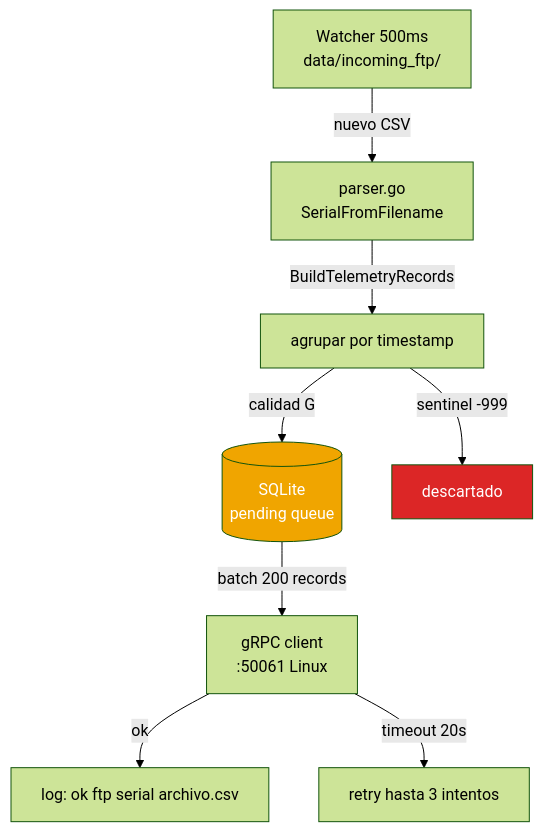
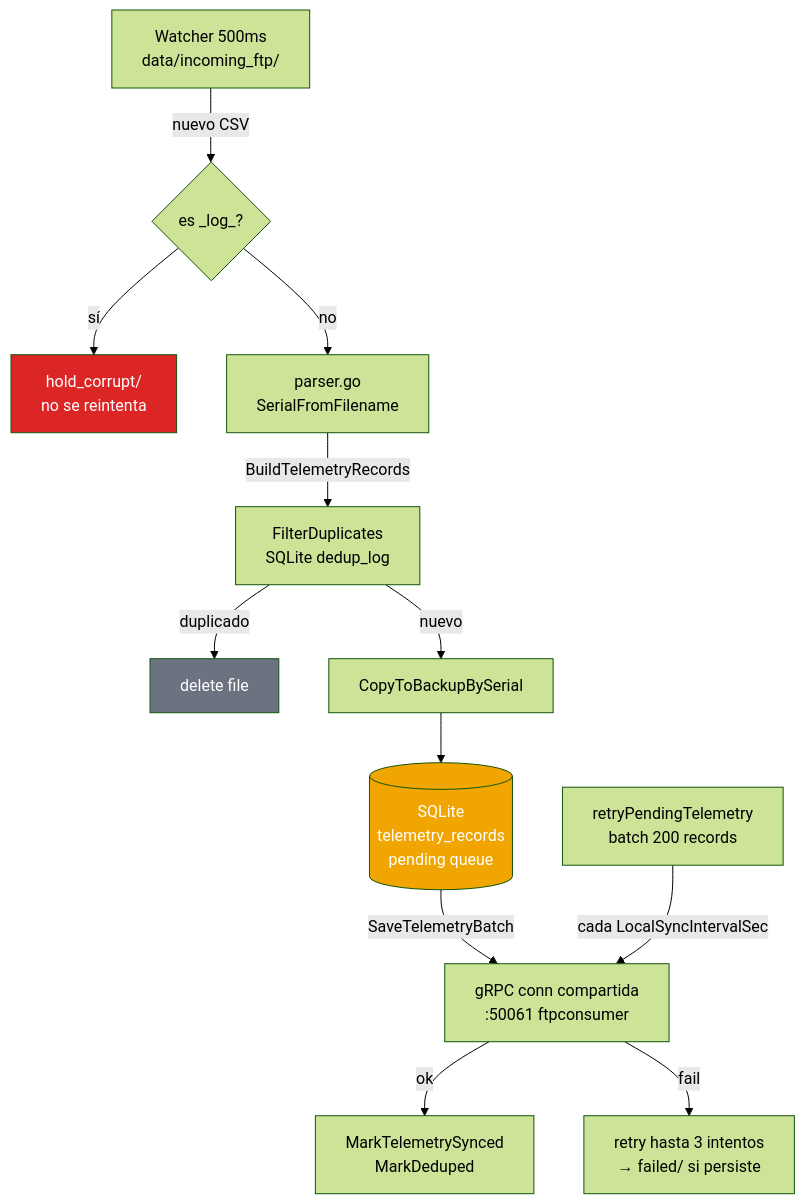
One commit to druizd/emeltec3 changed the diagram in docs/vault/pipeline-ftp/ftpprocessor.md. Above: the diagram before and after it, drawn with Mermaid (forest theme). The commit also changed other lines of this file and 38 other files, not shown here.

Commit message:
feat(ftp): latency fixes, backup script, vault docs

````diff
--- a/docs/vault/pipeline-ftp/ftpprocessor.md
+++ b/docs/vault/pipeline-ftp/ftpprocessor.md
@@ -14,13 +14,19 @@
 ```mermaid
 graph TD
-    W[Watcher 500ms\ndata/incoming_ftp/] -->|nuevo CSV| P[parser.go\nSerialFromFilename]
-    P -->|BuildTelemetryRecords| G[agrupar por timestamp]
-    G -->|calidad G| DB[(SQLite\npending queue)]
-    G -->|sentinel -999| X[descartado]
-    DB -->|batch 200 records| GRPC[gRPC client\n:50061 Linux]
-    GRPC -->|ok| LOG[log: ok ftp serial archivo.csv]
-    GRPC -->|timeout 20s| RETRY[retry hasta 3 intentos]
+    W[Watcher 500ms\ndata/incoming_ftp/] -->|nuevo CSV| LOG{es _log_?}
+    LOG -->|sí| HC[hold_corrupt/\nno se reintenta]
+    LOG -->|no| P[parser.go\nSerialFromFilename]
+    P -->|BuildTelemetryRecords| DEDUP[FilterDuplicates\nSQLite dedup_log]
+    DEDUP -->|duplicado| DEL[delete file]
+    DEDUP -->|nuevo| BK[CopyToBackupBySerial]
+    BK --> DB[(SQLite\ntelemetry_records\npending queue)]
+    DB -->|SaveTelemetryBatch| GRPC[gRPC conn compartida\n:50061 ftpconsumer]
+    GRPC -->|ok| MARK[MarkTelemetrySynced\nMarkDeduped]
+    GRPC -->|fail| RETRY[retry hasta 3 intentos\n→ failed/ si persiste]
+
+    RETRYLOOP[retryPendingTelemetry\nbatch 200 records] -->|cada LocalSyncIntervalSec| GRPC
 
     style DB fill:#f0a500,color:#fff
-    style X fill:#dc2626,color:#fff
+    style HC fill:#dc2626,color:#fff
+    style DEL fill:#6b7280,color:#fff
 ```
````
